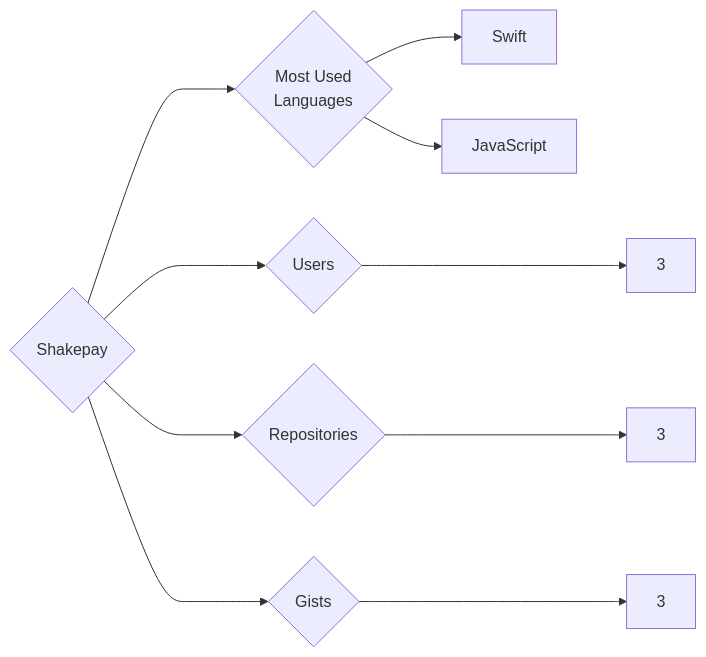
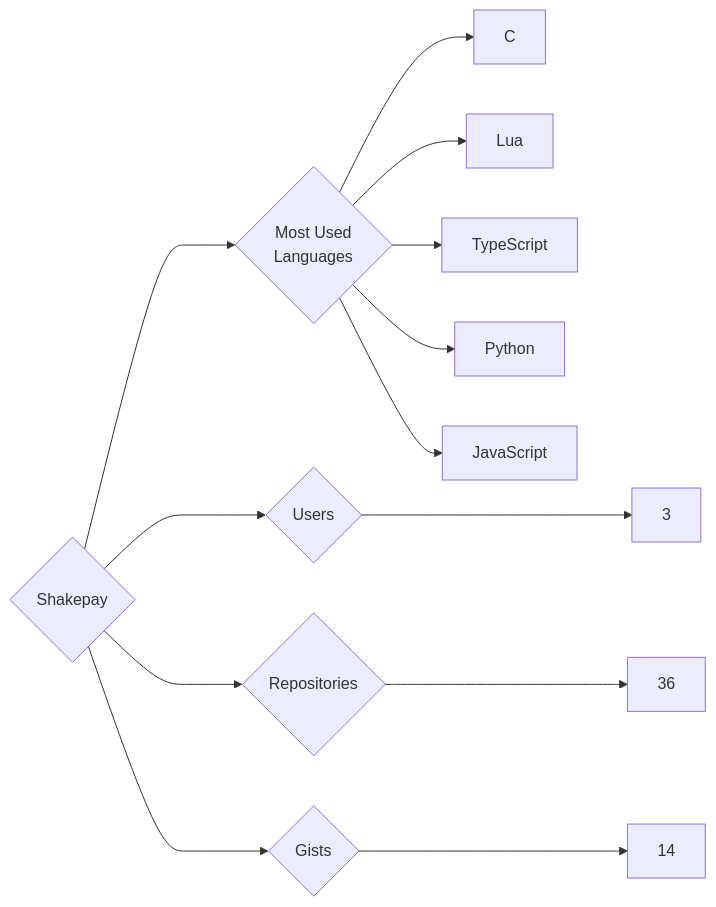
Before and after one commit to trickest/insiders: the diagram in targets/Shakepay/README.md, drawn with Mermaid. The commit also changed 773 other files, not shown here.

````diff
--- a/targets/Shakepay/README.md
+++ b/targets/Shakepay/README.md
@@ -3,10 +3,13 @@
 ```mermaid
 graph LR
 COMPANY_NAME{Shakepay}
 COMPANY_NAME ---> U{Users} ---> UN[3]
-COMPANY_NAME ---> R{Repositories} ---> RN[3]
-COMPANY_NAME ---> G{Gists} ---> GN[3]
+COMPANY_NAME ---> R{Repositories} ---> RN[36]
+COMPANY_NAME ---> G{Gists} ---> GN[14]
 COMPANY_NAME ---> ML{Most Used<br>Languages}
-ML --> Swift[Swift]
+ML --> C[C]
+ML --> Lua[Lua]
+ML --> TypeScript[TypeScript]
+ML --> Python[Python]
 ML --> JavaScript[JavaScript]
 ```
````
